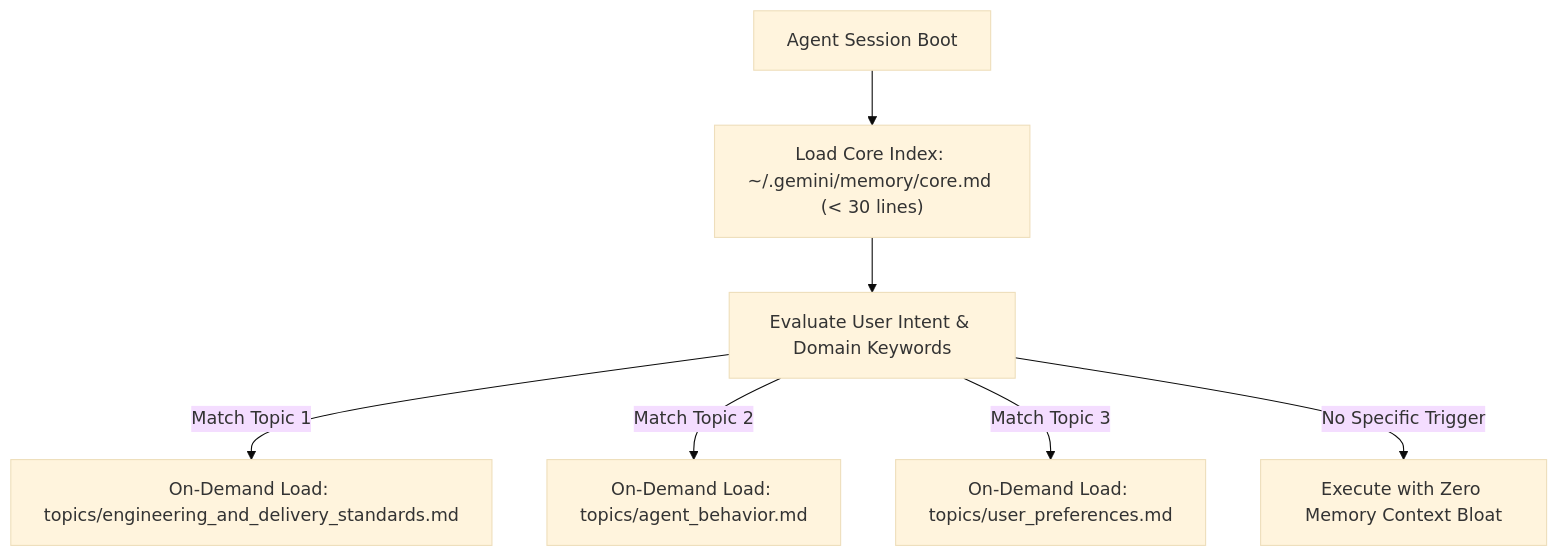
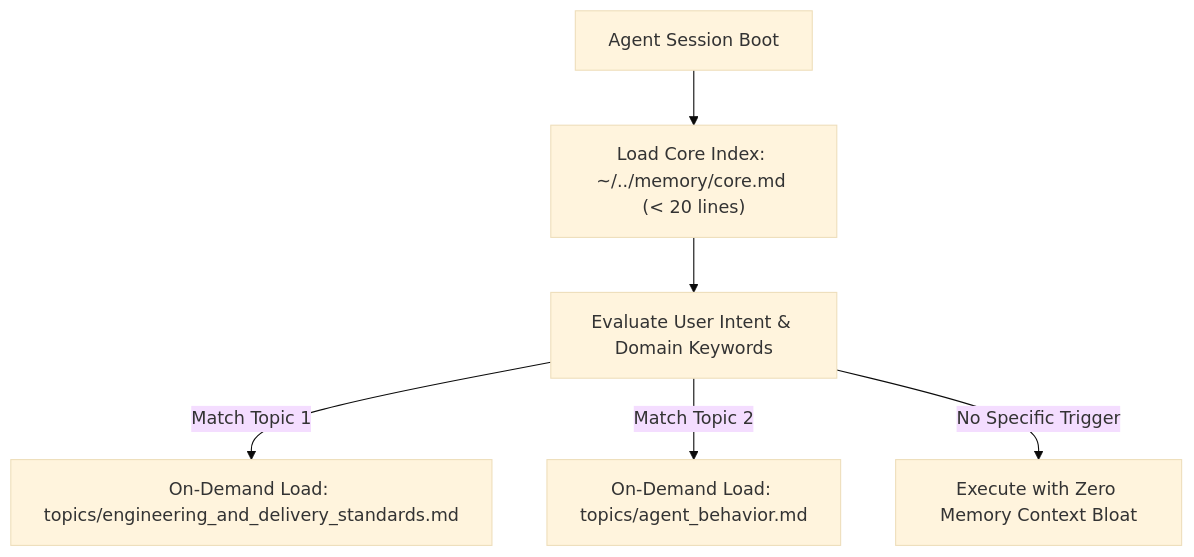
The diagram in examples/memory/README.md (evolyob/AGY_SkillBook), drawn with Mermaid (base theme) before and after one commit. The commit also changed other lines of this file and 2 other files, not shown here.

Commit message:
feat(examples): add generic two-tier memory templates (code & agent behavior)

````diff
--- a/examples/memory/README.md
+++ b/examples/memory/README.md
@@ -11,9 +11,8 @@
 ```mermaid
 graph TD
-    Boot["Agent Session Boot"] --> LoadCore["Load Core Index: ~/.gemini/memory/core.md (< 30 lines)"]
+    Boot["Agent Session Boot"] --> LoadCore["Load Core Index: ~/../memory/core.md (< 20 lines)"]
     LoadCore --> Evaluate["Evaluate User Intent & Domain Keywords"]
     Evaluate -->|"Match Topic 1"| LoadT1["On-Demand Load: topics/engineering_and_delivery_standards.md"]
     Evaluate -->|"Match Topic 2"| LoadT2["On-Demand Load: topics/agent_behavior.md"]
-    Evaluate -->|"Match Topic 3"| LoadT3["On-Demand Load: topics/user_preferences.md"]
     Evaluate -->|"No Specific Trigger"| FastExecute["Execute with Zero Memory Context Bloat"]
 ```
````
